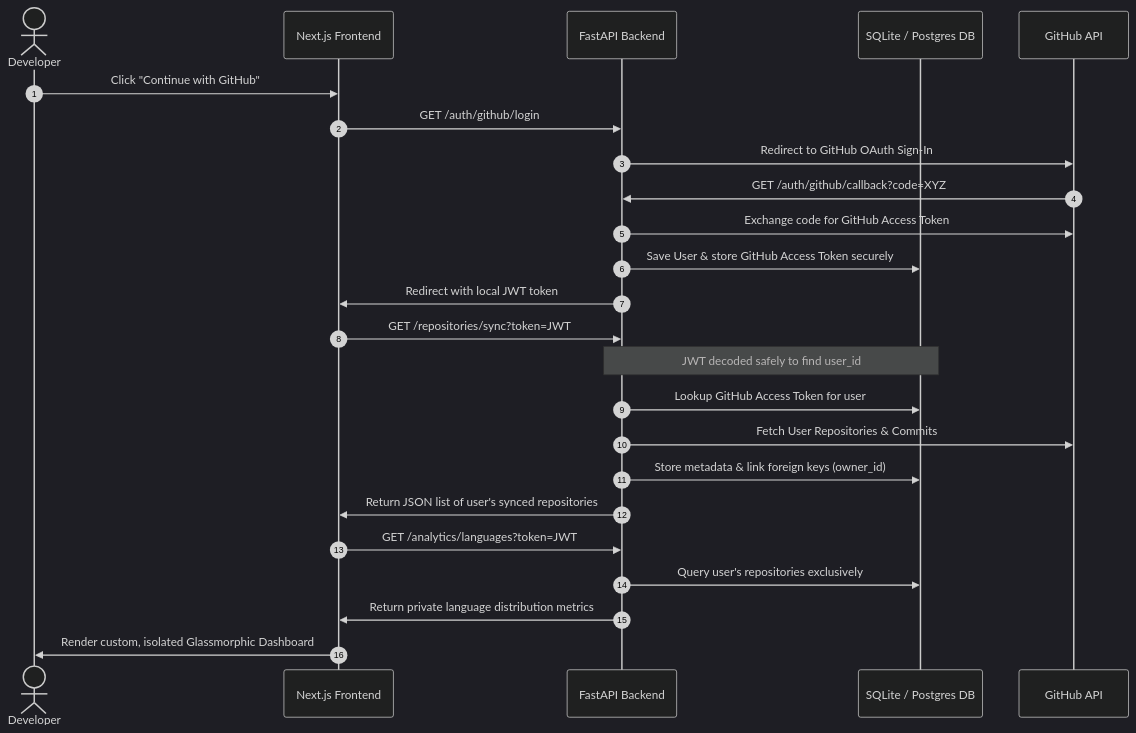
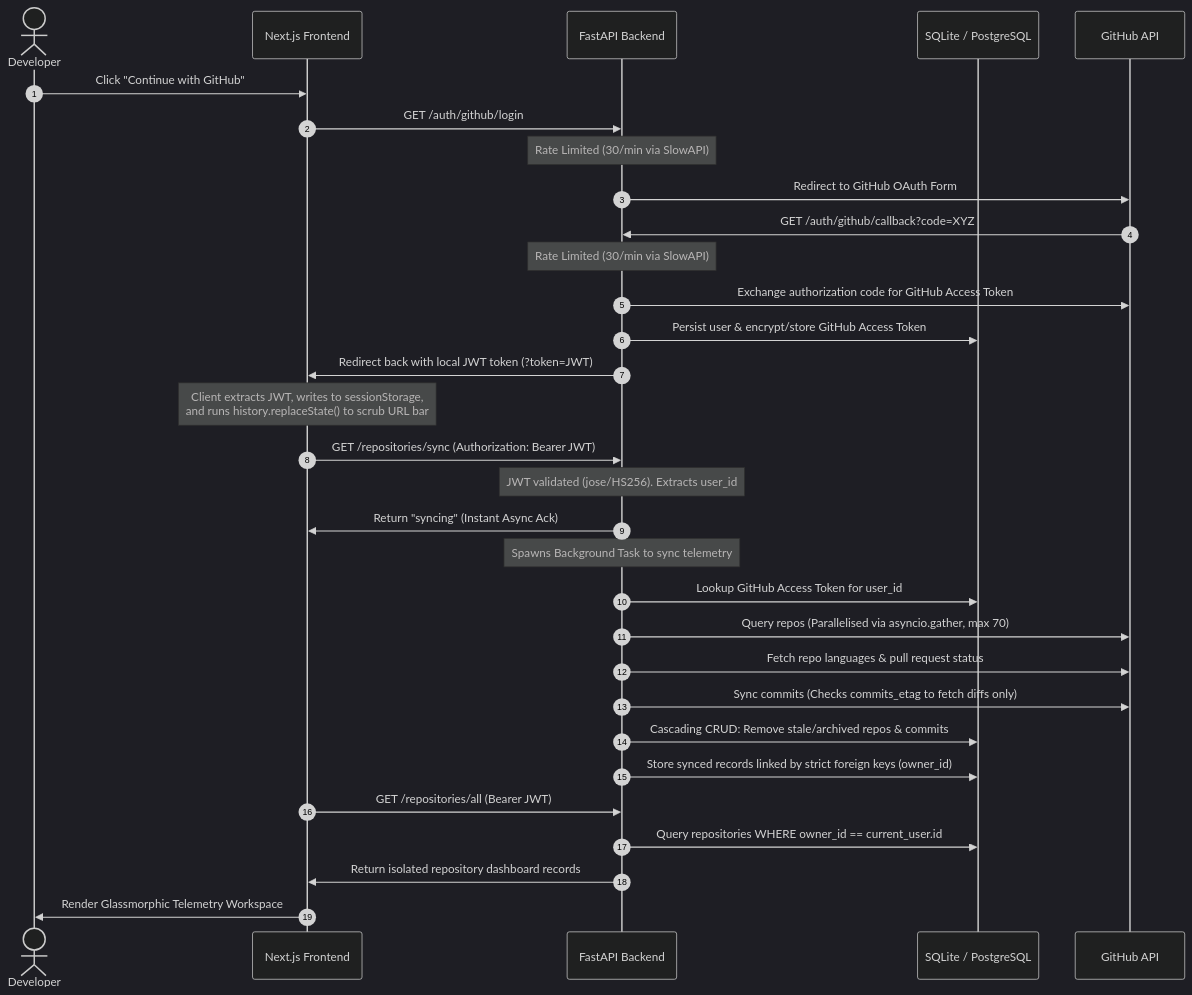
One commit to deepakkumarmajhi-git/dualloop changed the diagram in README.md. Above: the diagram before and after it, drawn with Mermaid (dark theme). The commit also changed other lines of this file and 1 other file, not shown here.

Commit message:
updated readme.md with latest architecture

````diff
--- a/README.md
+++ b/README.md
@@ -12,27 +14,38 @@
 ```mermaid
 sequenceDiagram
     autonumber
     actor Dev as Developer
     participant FE as Next.js Frontend
     participant BE as FastAPI Backend
-    participant DB as SQLite / Postgres DB
+    participant DB as SQLite / PostgreSQL
     participant GH as GitHub API
 
     Dev->>FE: Click "Continue with GitHub"
     FE->>BE: GET /auth/github/login
-    BE->>GH: Redirect to GitHub OAuth Sign-In
+    Note over BE: Rate Limited (30/min via SlowAPI)
+    BE->>GH: Redirect to GitHub OAuth Form
     GH->>BE: GET /auth/github/callback?code=XYZ
-    BE->>GH: Exchange code for GitHub Access Token
-    BE->>DB: Save User & store GitHub Access Token securely
-    BE->>FE: Redirect with local JWT token
-    FE->>BE: GET /repositories/sync?token=JWT
-    Note over BE,DB: JWT decoded safely to find user_id
-    BE->>DB: Lookup GitHub Access Token for user
-    BE->>GH: Fetch User Repositories & Commits
-    BE->>DB: Store metadata & link foreign keys (owner_id)
-    BE->>FE: Return JSON list of user's synced repositories
-    FE->>BE: GET /analytics/languages?token=JWT
-    BE->>DB: Query user's repositories exclusively
-    BE->>FE: Return private language distribution metrics
-    FE->>Dev: Render custom, isolated Glassmorphic Dashboard
+    Note over BE: Rate Limited (30/min via SlowAPI)
+    BE->>GH: Exchange authorization code for GitHub Access Token
+    BE->>DB: Persist user & encrypt/store GitHub Access Token
+    BE->>FE: Redirect back with local JWT token (?token=JWT)
+    
+    Note over FE: Client extracts JWT, writes to sessionStorage,<br/>and runs history.replaceState() to scrub URL bar
+    
+    FE->>BE: GET /repositories/sync (Authorization: Bearer JWT)
+    Note over BE: JWT validated (jose/HS256). Extracts user_id
+    BE->>FE: Return "syncing" (Instant Async Ack)
+    
+    Note over BE: Spawns Background Task to sync telemetry
+    BE->>DB: Lookup GitHub Access Token for user_id
+    BE->>GH: Query repos (Parallelised via asyncio.gather, max 70)
+    BE->>GH: Fetch repo languages & pull request status
+    BE->>GH: Sync commits (Checks commits_etag to fetch diffs only)
+    BE->>DB: Cascading CRUD: Remove stale/archived repos & commits
+    BE->>DB: Store synced records linked by strict foreign keys (owner_id)
+    
+    FE->>BE: GET /repositories/all (Bearer JWT)
+    BE->>DB: Query repositories WHERE owner_id == current_user.id
+    BE->>FE: Return isolated repository dashboard records
+    FE->>Dev: Render Glassmorphic Telemetry Workspace
 ```
````
